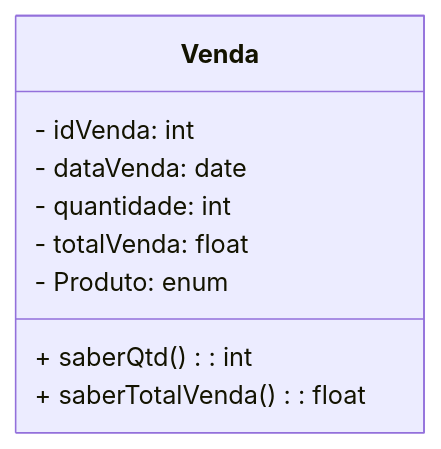
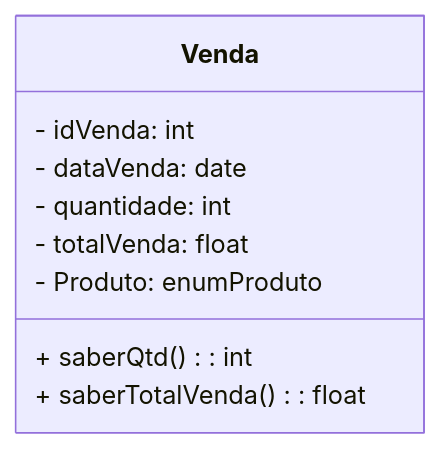
One commit to MTECHDevelopment/poojavaceub-grupo-3 changed the diagram in Venda.md. Above: the diagram before and after it, drawn with Mermaid.

Commit message:
Rename enum Produto to enumProduto in Venda.md

````diff
--- a/Venda.md
+++ b/Venda.md
@@ -1,12 +1,12 @@
 ```mermaid
 classDiagram
    class Venda {
       - idVenda: int
       - dataVenda: date
       - quantidade: int
       - totalVenda: float
-      - Produto: enum
+      - Produto: enumProduto
       + saberQtd(): int
       + saberTotalVenda(): float
 }
 ```
````
